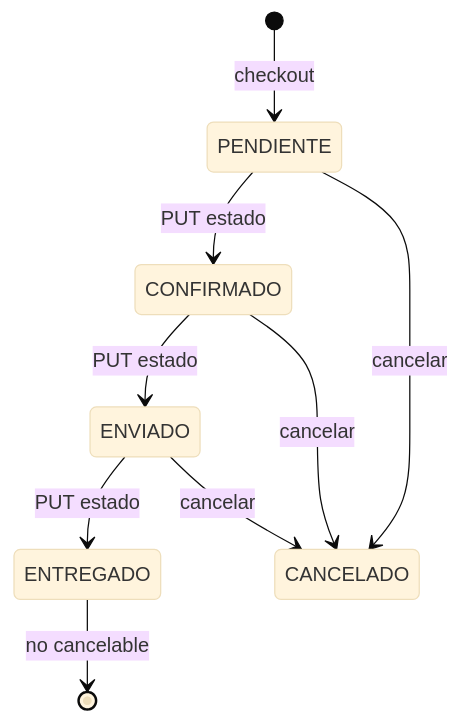
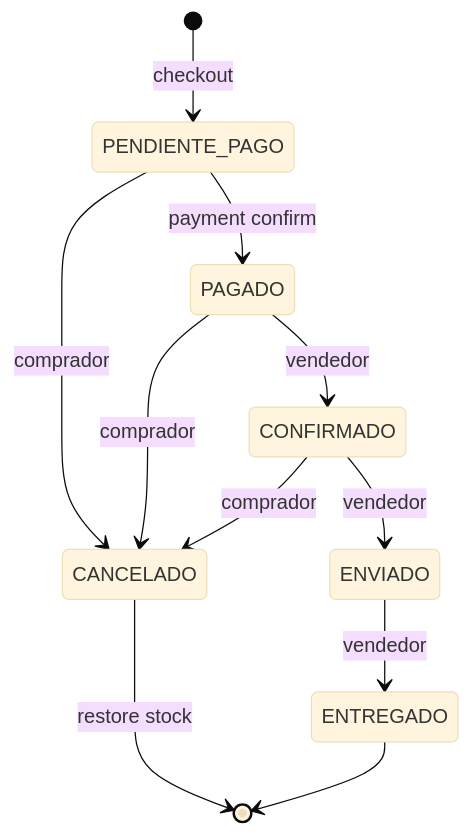
The fourth of 6 diagrams in docs/03-FLUJOS.md (julianmeoficial/minimalecommerceapi), drawn with Mermaid (base theme) before and after one commit. The commit also changed other lines of this file and 19 other files, not shown here.

````diff
--- a/docs/03-FLUJOS.md
+++ b/docs/03-FLUJOS.md
@@ -73,11 +82,13 @@
 ```mermaid
 stateDiagram-v2
-  [*] --> PENDIENTE: checkout
-  PENDIENTE --> CONFIRMADO: PUT estado
-  CONFIRMADO --> ENVIADO: PUT estado
-  ENVIADO --> ENTREGADO: PUT estado
-  PENDIENTE --> CANCELADO: cancelar
-  CONFIRMADO --> CANCELADO: cancelar
-  ENVIADO --> CANCELADO: cancelar
-  ENTREGADO --> [*]: no cancelable
+  [*] --> PENDIENTE_PAGO: checkout
+  PENDIENTE_PAGO --> PAGADO: payment confirm
+  PAGADO --> CONFIRMADO: vendedor
+  CONFIRMADO --> ENVIADO: vendedor
+  ENVIADO --> ENTREGADO: vendedor
+  PENDIENTE_PAGO --> CANCELADO: comprador
+  PAGADO --> CANCELADO: comprador
+  CONFIRMADO --> CANCELADO: comprador
+  CANCELADO --> [*]: restore stock
+  ENTREGADO --> [*]
 ```
````
